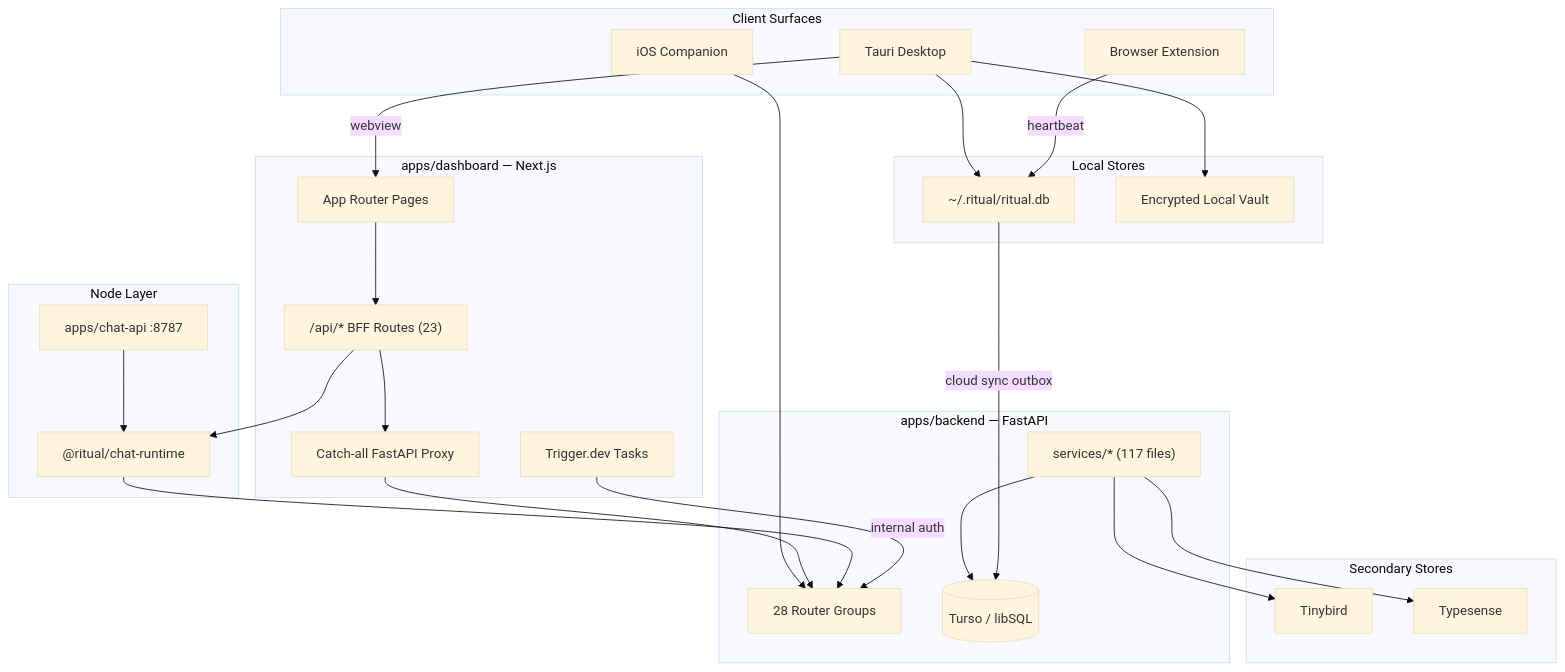
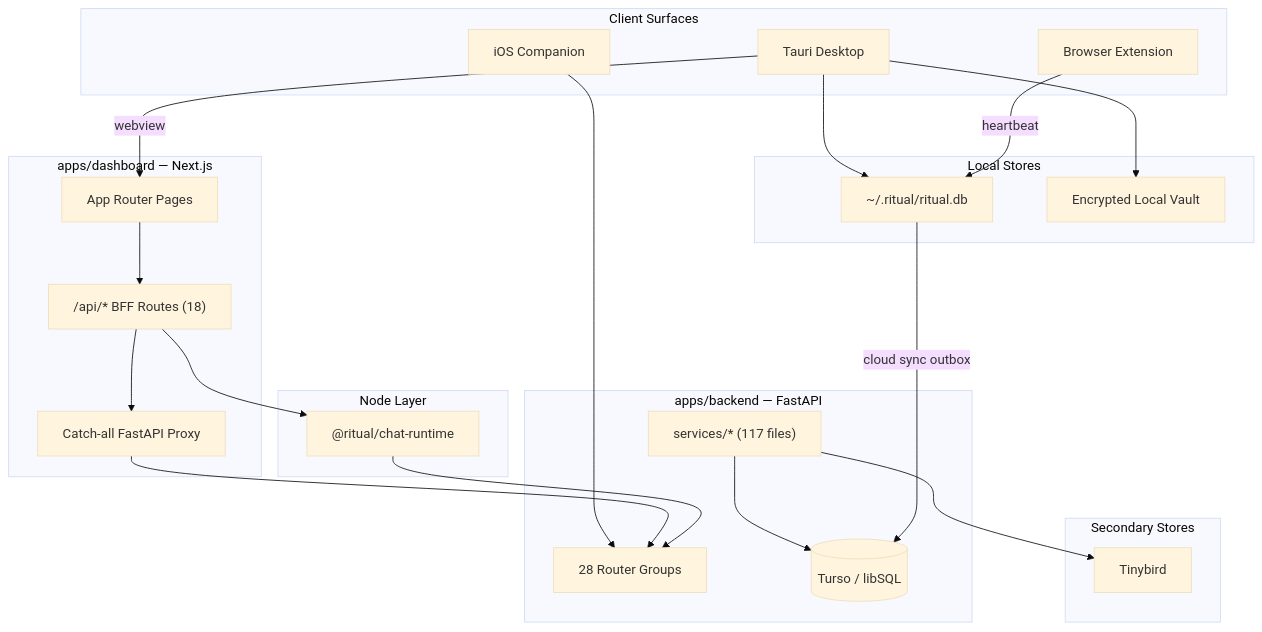
Before and after one commit to NickGardner0/ritual-desktop-main: the diagram in docs/architecture/current-architecture.md, drawn with Mermaid (base theme). The commit also changed other lines of this file and 14 other files, not shown here.

````diff
--- a/docs/architecture/current-architecture.md
+++ b/docs/architecture/current-architecture.md
@@ -116,53 +116,47 @@
 ```mermaid
 flowchart TB
   subgraph clients [Client Surfaces]
     Desktop[Tauri Desktop]
     iOS[iOS Companion]
     Ext[Browser Extension]
   end
 
   subgraph dashboard [apps/dashboard — Next.js]
     UI[App Router Pages]
-    BFF["/api/* BFF Routes (23)"]
+    BFF["/api/* BFF Routes (18)"]
     CatchAll["Catch-all FastAPI Proxy"]
-    Trigger[Trigger.dev Tasks]
   end
 
   subgraph node [Node Layer]
     ChatRT["@ritual/chat-runtime"]
-    ChatAPI["apps/chat-api :8787"]
   end
 
   subgraph backend [apps/backend — FastAPI]
     Routers[28 Router Groups]
     Services["services/* (117 files)"]
     DB[(Turso / libSQL)]
   end
 
   subgraph local [Local Stores]
     RitualDB["~/.ritual/ritual.db"]
     Vault[Encrypted Local Vault]
   end
 
   subgraph secondary [Secondary Stores]
     TB[Tinybird]
-    TS[Typesense]
   end
 
   Desktop -->|webview| UI
   Desktop --> RitualDB
   Desktop --> Vault
   Ext -->|heartbeat| RitualDB
   iOS --> Routers
   UI --> BFF
   BFF --> CatchAll
   CatchAll --> Routers
   BFF --> ChatRT
-  ChatAPI --> ChatRT
   ChatRT --> Routers
-  Trigger -->|internal auth| Routers
   Services --> DB
   Services --> TB
-  Services --> TS
   RitualDB -->|cloud sync outbox| DB
 ```
````
